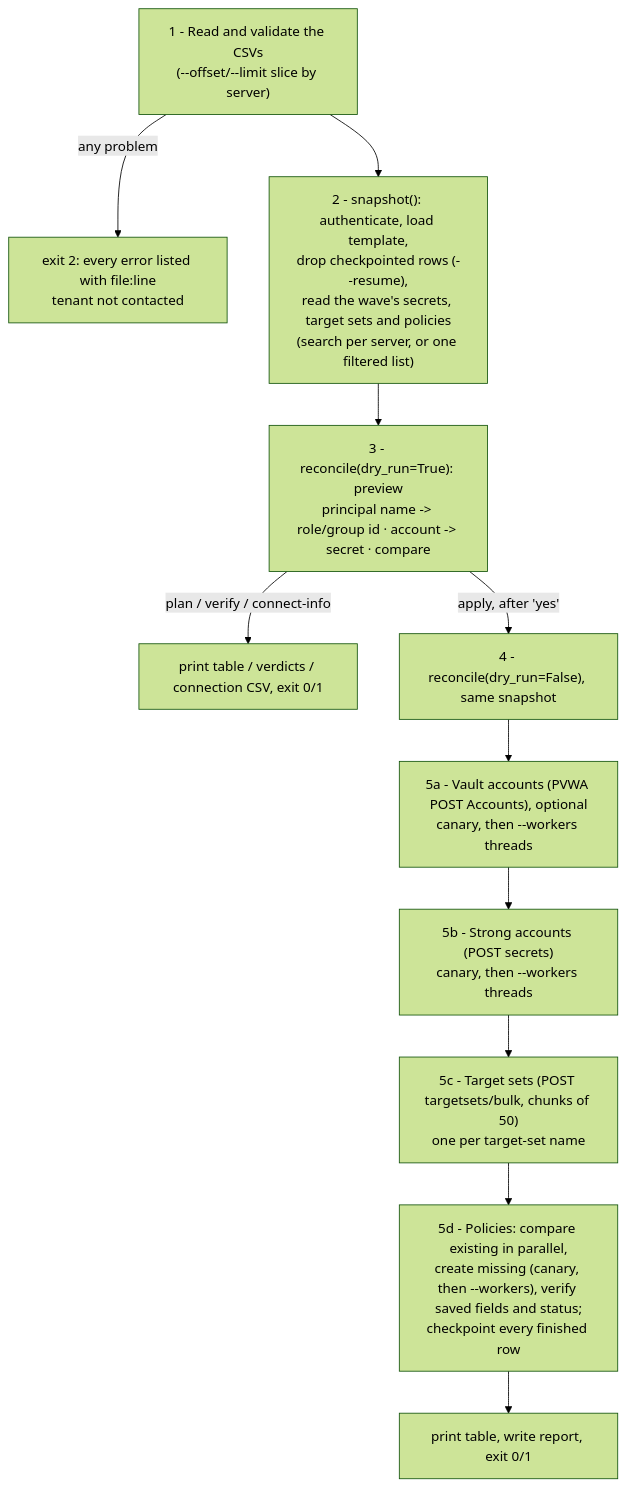
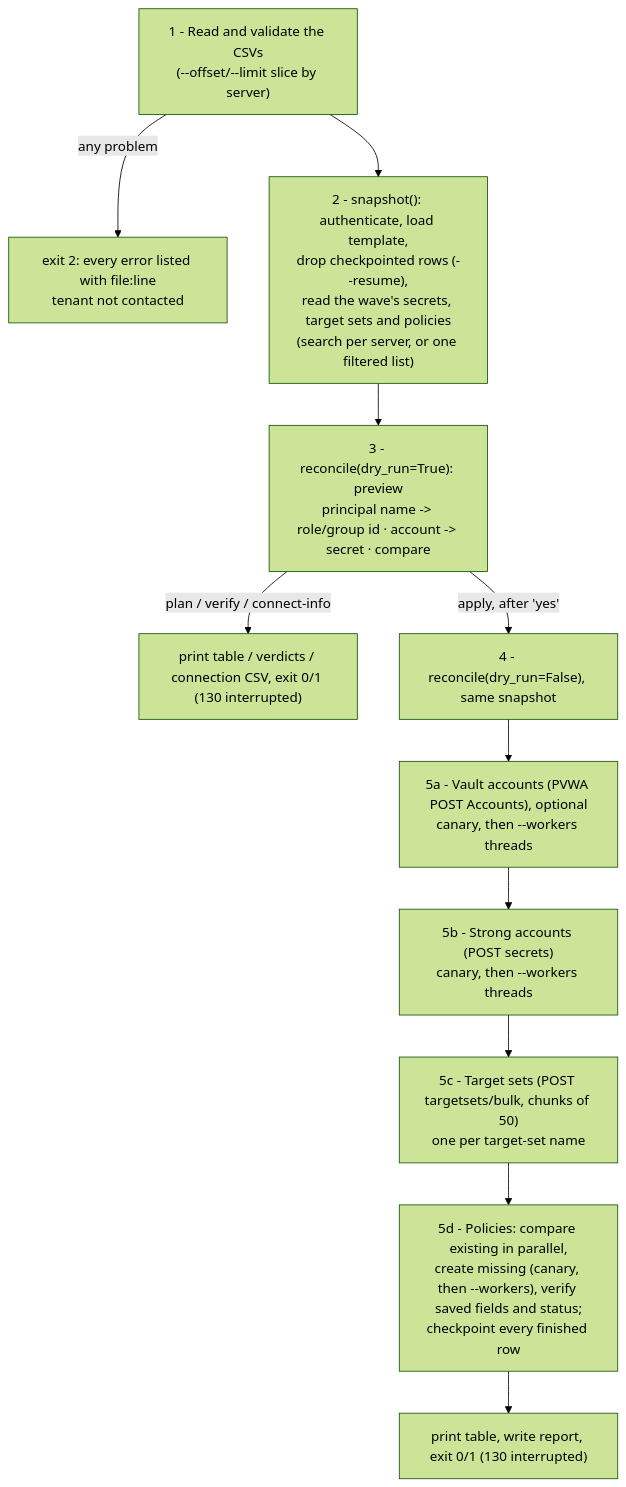
The second of 3 diagrams in docs/DEVELOPER.md (umair-wwt/sia-policy), drawn with Mermaid (forest theme) before and after one commit. The commit also changed other lines of this file and 22 other files, not shown here.

````diff
--- a/docs/DEVELOPER.md
+++ b/docs/DEVELOPER.md
@@ -109,13 +109,13 @@
 ```mermaid
 flowchart TD
     A["1 - Read and validate the CSVs<br/>(--offset/--limit slice by server)"] -->|any problem| X["exit 2: every error listed with file:line<br/>tenant not contacted"]
     A --> B["2 - snapshot(): authenticate, load template,<br/>drop checkpointed rows (--resume),<br/>read the wave's secrets, target sets and policies<br/>(search per server, or one filtered list)"]
     B --> C["3 - reconcile(dry_run=True): preview<br/>principal name -> role/group id · account -> secret · compare"]
-    C -->|plan / verify / connect-info| R1["print table / verdicts / connection CSV, exit 0/1"]
+    C -->|plan / verify / connect-info| R1["print table / verdicts / connection CSV, exit 0/1 (130 interrupted)"]
     C -->|apply, after 'yes'| D["4 - reconcile(dry_run=False), same snapshot"]
     D --> E["5a - Vault accounts (PVWA POST Accounts), optional<br/>canary, then --workers threads"]
     E --> F["5b - Strong accounts (POST secrets)<br/>canary, then --workers threads"]
     F --> G["5c - Target sets (POST targetsets/bulk, chunks of 50)<br/>one per target-set name"]
     G --> H["5d - Policies: compare existing in parallel,<br/>create missing (canary, then --workers), verify saved fields and status;<br/>checkpoint every finished row"]
-    H --> R2["print table, write report, exit 0/1"]
+    H --> R2["print table, write report, exit 0/1 (130 interrupted)"]
 ```
````
